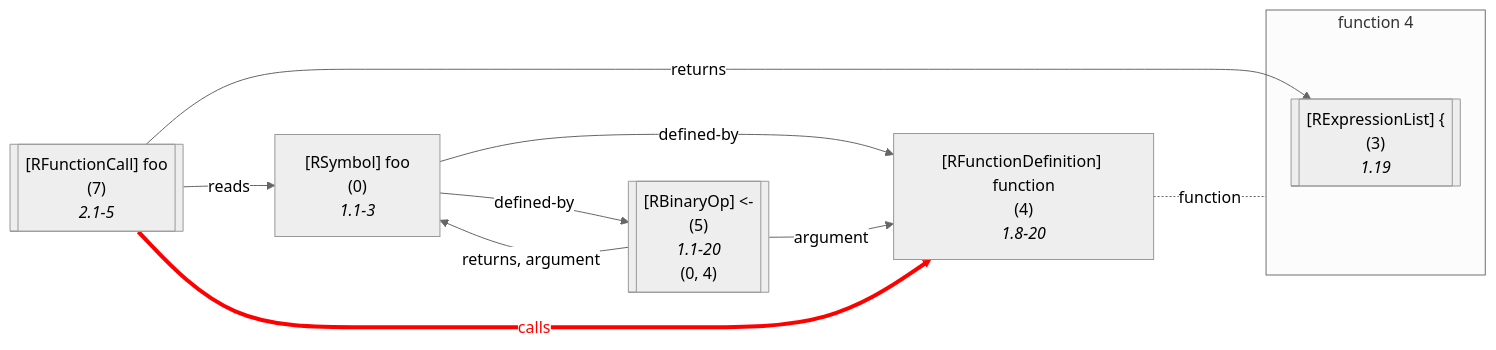
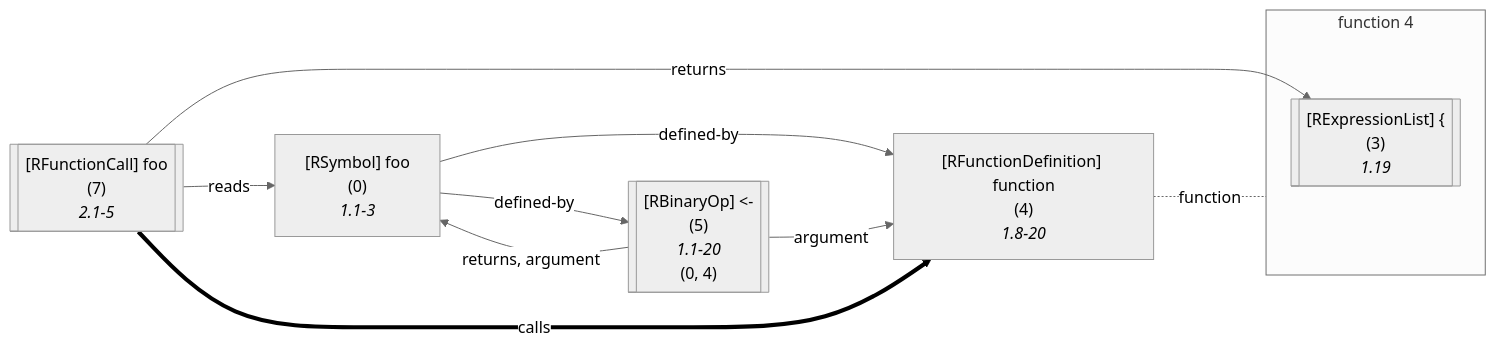
Before and after one commit to flowr-analysis/flowr: diagram 17 of 26 in wiki/Dataflow Graph.md, drawn with Mermaid (neutral theme). The commit also changed other lines of this file and 10 other files, not shown here.

Commit message:
doc(dfg): improve documentation for the dataflow graph value

````diff
--- a/wiki/Dataflow Graph.md
+++ b/wiki/Dataflow Graph.md
@@ -1168,36 +1352,36 @@
 ```mermaid
 flowchart LR
     4["`#91;RFunctionDefinition#93; function
       (4)
       *1.8-20*`"]
 
 subgraph "flow-4" [function 4]
     3[["`#91;RExpressionList#93; #123;
       (3)
       *1.19*`"]]
 end
     0["`#91;RSymbol#93; foo
       (0)
       *1.1-3*`"]
     5[["`#91;RBinaryOp#93; #60;#45;
       (5)
       *1.1-20*
     (0, 4)`"]]
     %% Environment of 7 [level: 0]:
     %% Built-in
-    %% 343----------------------------------------
+    %% 349----------------------------------------
     %%   foo: {foo (0, 2, def. @5)}
     7[["`#91;RFunctionCall#93; foo
       (7)
       *2.1-5*`"]]
 4 -.-|function| flow-4
 
     0 -->|"defined-by"| 4
     0 -->|"defined-by"| 5
     5 -->|"argument"| 4
     5 -->|"returns, argument"| 0
     7 -->|"reads"| 0
     7 -->|"returns"| 3
     7 -->|"calls"| 4
-    linkStyle 7 stroke:red,color:red,stroke-width:4px;
+    linkStyle 7 stroke:black,color:black,stroke-width:4.2px;
 ```
````
